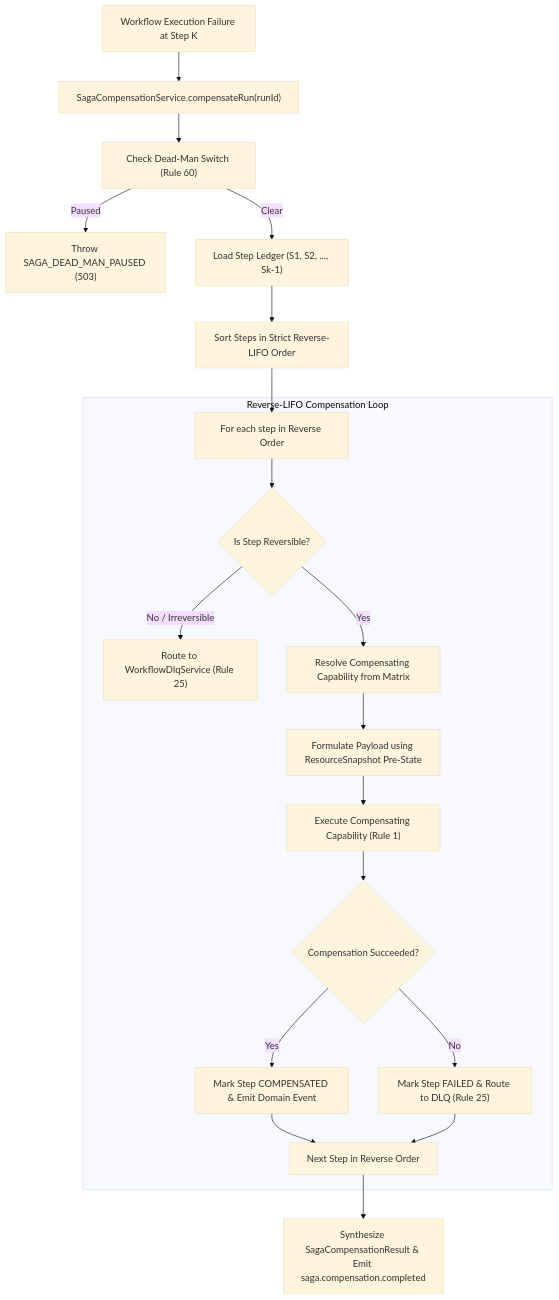
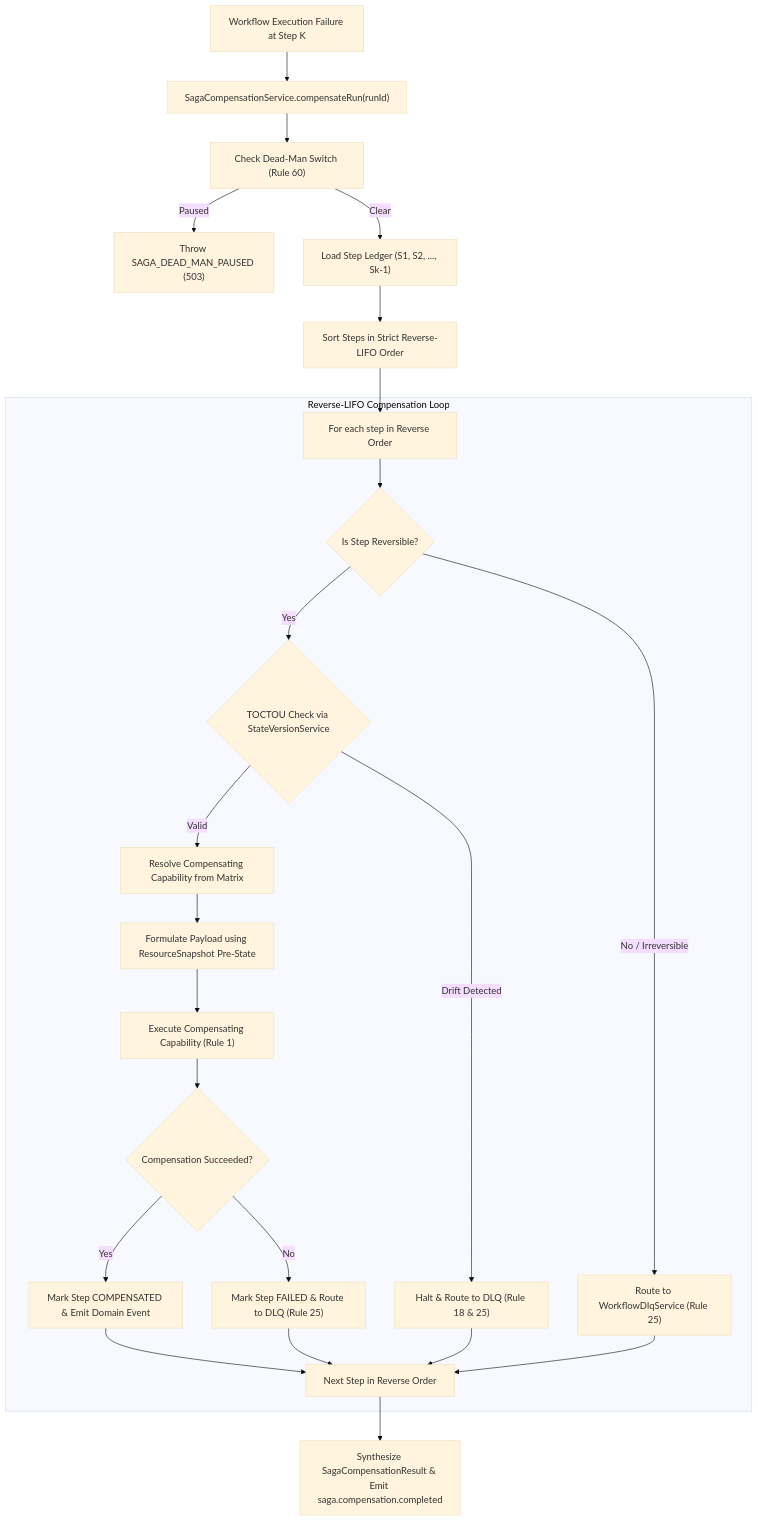
One commit to SmartSappInfo/Onboarding-Dashbaord changed the diagram in docs/agents_mcp/phases/agents_mcp_phase_14_milestone_3_plan.md. Above: the diagram before and after it, drawn with Mermaid (base theme). The commit also changed other lines of this file, not shown here.

````diff
--- a/docs/agents_mcp/phases/agents_mcp_phase_14_milestone_3_plan.md
+++ b/docs/agents_mcp/phases/agents_mcp_phase_14_milestone_3_plan.md
@@ -125,24 +132,28 @@
 ```mermaid
 flowchart TD
     WorkflowFailure["Workflow Execution Failure at Step K"] --> InitCompensation["SagaCompensationService.compensateRun(runId)"]
     InitCompensation --> CheckDeadMan["Check Dead-Man Switch (Rule 60)"]
     CheckDeadMan -->|Paused| FailDeadMan["Throw SAGA_DEAD_MAN_PAUSED (503)"]
     CheckDeadMan -->|Clear| LoadLedger["Load Step Ledger (S1, S2, ..., Sk-1)"]
     LoadLedger --> ReverseSort["Sort Steps in Strict Reverse-LIFO Order"]
     
     subgraph ReverseLIFOLoop["Reverse-LIFO Compensation Loop"]
         StepIter["For each step in Reverse Order"] --> CheckReversible{"Is Step Reversible?"}
         CheckReversible -->|No / Irreversible| DLQRoute["Route to WorkflowDlqService (Rule 25)"]
-        CheckReversible -->|Yes| ResolveComp["Resolve Compensating Capability from Matrix"]
+        CheckReversible -->|Yes| CheckTOCTOU{"TOCTOU Check via StateVersionService"}
+        CheckTOCTOU -->|Drift Detected| ConcurDLQ["Halt & Route to DLQ (Rule 18 & 25)"]
+        CheckTOCTOU -->|Valid| ResolveComp["Resolve Compensating Capability from Matrix"]
         ResolveComp --> FormulatePayload["Formulate Payload using ResourceSnapshot Pre-State"]
         FormulatePayload --> ExecuteComp["Execute Compensating Capability (Rule 1)"]
         ExecuteComp --> CheckSuccess{"Compensation Succeeded?"}
         CheckSuccess -->|Yes| MarkCompensated["Mark Step COMPENSATED & Emit Domain Event"]
         CheckSuccess -->|No| HandleCompFailure["Mark Step FAILED & Route to DLQ (Rule 25)"]
         MarkCompensated --> NextStep["Next Step in Reverse Order"]
         HandleCompFailure --> NextStep
+        ConcurDLQ --> NextStep
+        DLQRoute --> NextStep
     end
     
     ReverseSort --> StepIter
     NextStep --> Complete["Synthesize SagaCompensationResult & Emit saga.compensation.completed"]
 ```
````
